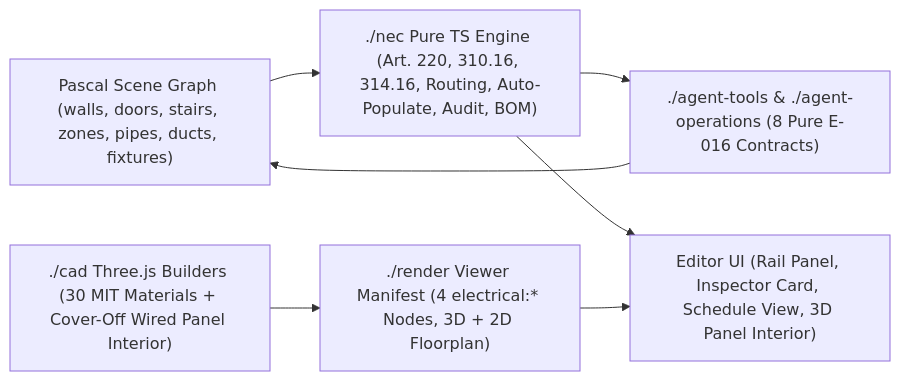
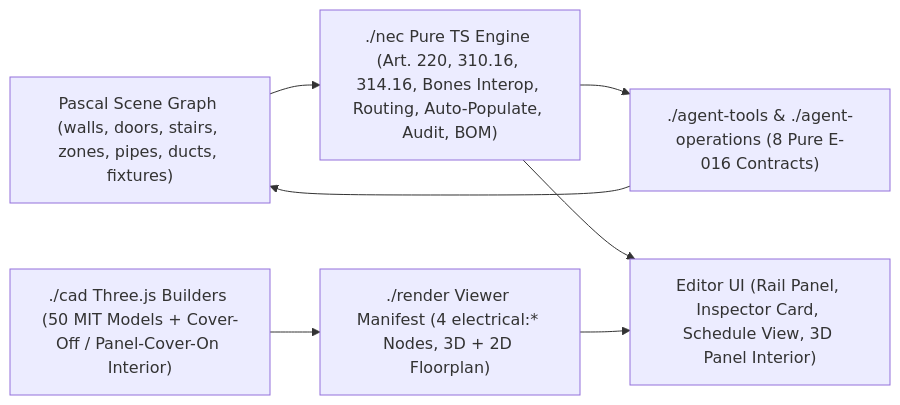
One commit to kruschdev/pascal-plugin-electrical changed the diagram in docs/ARCHITECTURE.md. Above: the diagram before and after it, drawn with Mermaid. The commit also changed other lines of this file and 4 other files, not shown here.

Commit message:
release(v0.2.0): bump version and sync architecture, NEC, and agent-tools docs

````diff
--- a/docs/ARCHITECTURE.md
+++ b/docs/ARCHITECTURE.md
@@ -7,16 +7,16 @@
 ```mermaid
 flowchart LR
   Scene["Pascal Scene Graph (walls, doors, stairs, zones, pipes, ducts, fixtures)"]
-  NEC["./nec Pure TS Engine (Art. 220, 310.16, 314.16, Routing, Auto-Populate, Audit, BOM)"]
-  CAD["./cad Three.js Builders (30 MIT Materials + Cover-Off Wired Panel Interior)"]
+  NEC["./nec Pure TS Engine (Art. 220, 310.16, 314.16, Bones Interop, Routing, Auto-Populate, Audit, BOM)"]
+  CAD["./cad Three.js Builders (50 MIT Models + Cover-Off / Panel-Cover-On Interior)"]
   Render["./render Viewer Manifest (4 electrical:* Nodes, 3D + 2D Floorplan)"]
   Tools["./agent-tools & ./agent-operations (8 Pure E-016 Contracts)"]
   UI["Editor UI (Rail Panel, Inspector Card, Schedule View, 3D Panel Interior)"]
 
   Scene --> NEC
   NEC --> Tools
   NEC --> UI
   CAD --> Render
   Render --> UI
   Tools --> Scene
 ```
````
